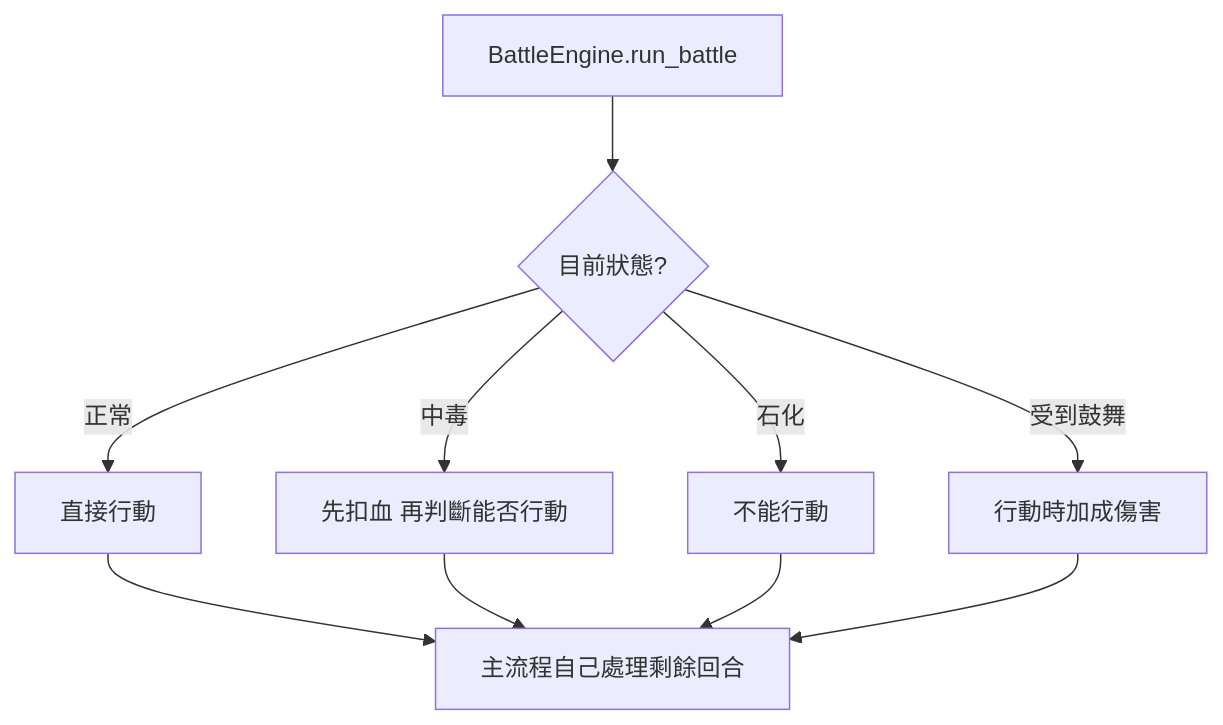
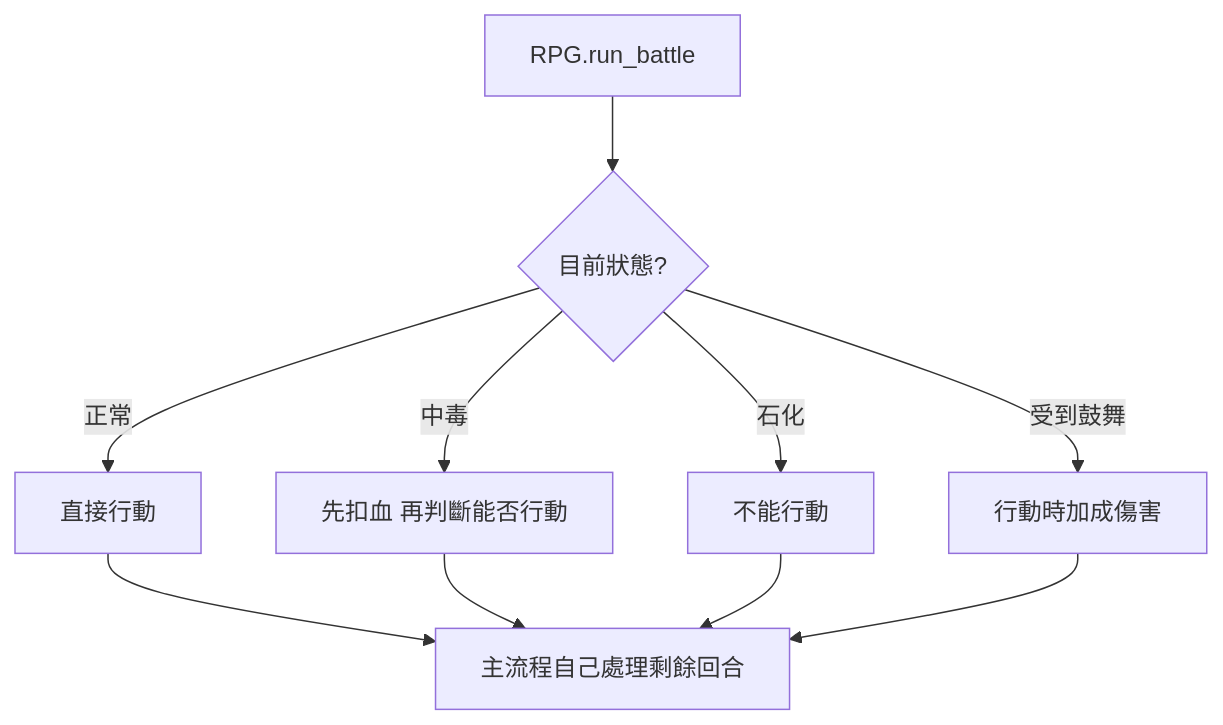
Before and after one commit to tanguitar8093/Software-Design-Pattern-HW: the first of 3 diagrams in homework5_rpg/v3/docs/設計模式解析/狀態模式.md, drawn with Mermaid. The commit also changed other lines of this file and 14 other files, not shown here.

````diff
--- a/homework5_rpg/v3/docs/設計模式解析/狀態模式.md
+++ b/homework5_rpg/v3/docs/設計模式解析/狀態模式.md
@@ -20,12 +20,12 @@
 ```mermaid
 flowchart TD
-    A[BattleEngine.run_battle] --> B{目前狀態?}
+    A[RPG.run_battle] --> B{目前狀態?}
     B -->|正常| C[直接行動]
     B -->|中毒| D[先扣血 再判斷能否行動]
     B -->|石化| E[不能行動]
     B -->|受到鼓舞| F[行動時加成傷害]
     C --> G[主流程自己處理剩餘回合]
     D --> G
     E --> G
     F --> G
 ```
````
